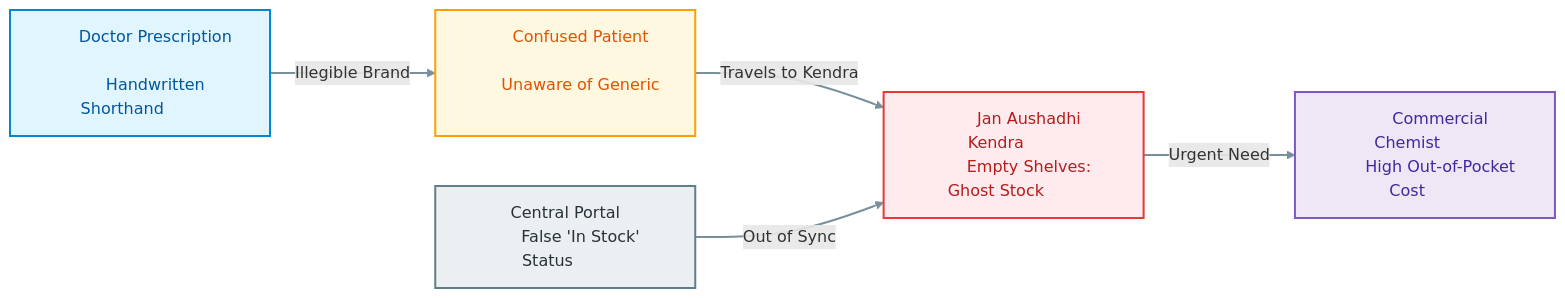
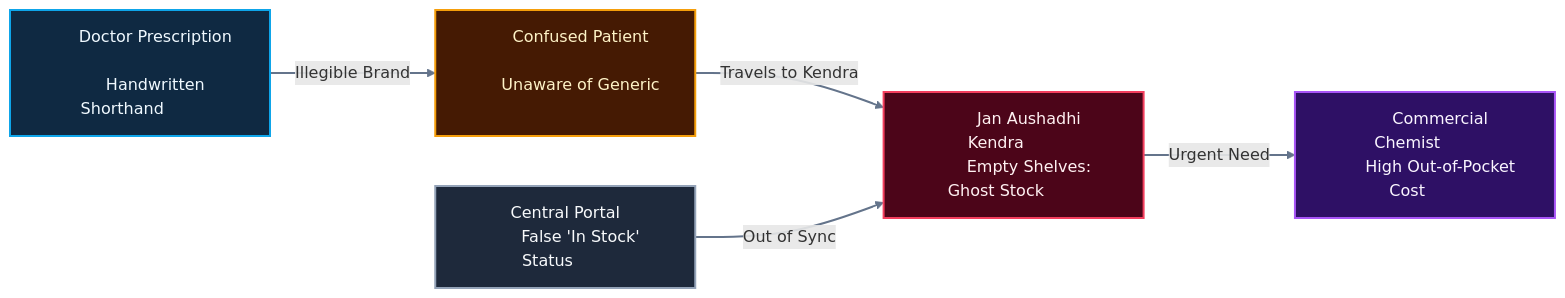
One commit to Parth-Chavan-15/MedSetu-TechSprint changed the first of 6 diagrams in README.md. Above: the diagram before and after it, drawn with Mermaid. The commit also changed other lines of this file, not shown here.

Commit message:
style: introduce vibrant modern palettes across all flowcharts and maximize node padding

````diff
--- a/README.md
+++ b/README.md
@@ -45,21 +45,21 @@
 ```mermaid
 flowchart LR
     RX["&nbsp;&nbsp;&nbsp;&nbsp;&nbsp;&nbsp; Doctor Prescription &nbsp;&nbsp;&nbsp;&nbsp;&nbsp;&nbsp;<br/>&nbsp;&nbsp;&nbsp;&nbsp;&nbsp;&nbsp; Handwritten Shorthand &nbsp;&nbsp;&nbsp;&nbsp;&nbsp;&nbsp;"] -->|Illegible Brand| PATIENT["&nbsp;&nbsp;&nbsp;&nbsp;&nbsp;&nbsp; Confused Patient &nbsp;&nbsp;&nbsp;&nbsp;&nbsp;&nbsp;<br/>&nbsp;&nbsp;&nbsp;&nbsp;&nbsp;&nbsp; Unaware of Generic &nbsp;&nbsp;&nbsp;&nbsp;&nbsp;&nbsp;"]
     PATIENT -->|Travels to Kendra| KENDRA["&nbsp;&nbsp;&nbsp;&nbsp;&nbsp;&nbsp; Jan Aushadhi Kendra &nbsp;&nbsp;&nbsp;&nbsp;&nbsp;&nbsp;<br/>&nbsp;&nbsp;&nbsp;&nbsp;&nbsp;&nbsp; Empty Shelves: Ghost Stock &nbsp;&nbsp;&nbsp;&nbsp;&nbsp;&nbsp;"]
     PORTAL["&nbsp;&nbsp;&nbsp;&nbsp;&nbsp;&nbsp; Central Portal &nbsp;&nbsp;&nbsp;&nbsp;&nbsp;&nbsp;<br/>&nbsp;&nbsp;&nbsp;&nbsp;&nbsp;&nbsp; False 'In Stock' Status &nbsp;&nbsp;&nbsp;&nbsp;&nbsp;&nbsp;"] -->|Out of Sync| KENDRA
     KENDRA -->|Urgent Need| RETAIL["&nbsp;&nbsp;&nbsp;&nbsp;&nbsp;&nbsp; Commercial Chemist &nbsp;&nbsp;&nbsp;&nbsp;&nbsp;&nbsp;<br/>&nbsp;&nbsp;&nbsp;&nbsp;&nbsp;&nbsp; High Out-of-Pocket Cost &nbsp;&nbsp;&nbsp;&nbsp;&nbsp;&nbsp;"]
 
-    classDef clinic fill:#E1F5FE,stroke:#0288D1,color:#01579B,stroke-width:2px;
-    classDef patient fill:#FFF8E1,stroke:#FFA000,color:#E65100,stroke-width:2px;
-    classDef portal fill:#ECEFF1,stroke:#607D8B,color:#263238,stroke-width:2px;
-    classDef kendra fill:#FFEBEE,stroke:#E53935,color:#B71C1C,stroke-width:2px;
-    classDef retail fill:#EDE7F6,stroke:#7E57C2,color:#4527A0,stroke-width:2px;
+    classDef clinic fill:#0F2942,stroke:#0EA5E9,color:#F0F9FF,stroke-width:2px;
+    classDef patient fill:#451A03,stroke:#F59E0B,color:#FEF3C7,stroke-width:2px;
+    classDef portal fill:#1E293B,stroke:#94A3B8,color:#F8FAFC,stroke-width:2px;
+    classDef kendra fill:#4C0519,stroke:#F43F5E,color:#FFF1F2,stroke-width:2px;
+    classDef retail fill:#2E1065,stroke:#A855F7,color:#FAF5FF,stroke-width:2px;
 
     class RX clinic;
     class PATIENT patient;
     class PORTAL portal;
     class KENDRA kendra;
     class RETAIL retail;
 
-    linkStyle default stroke:#78909C,stroke-width:2px;
+    linkStyle default stroke:#64748B,stroke-width:2px;
 ```
````
